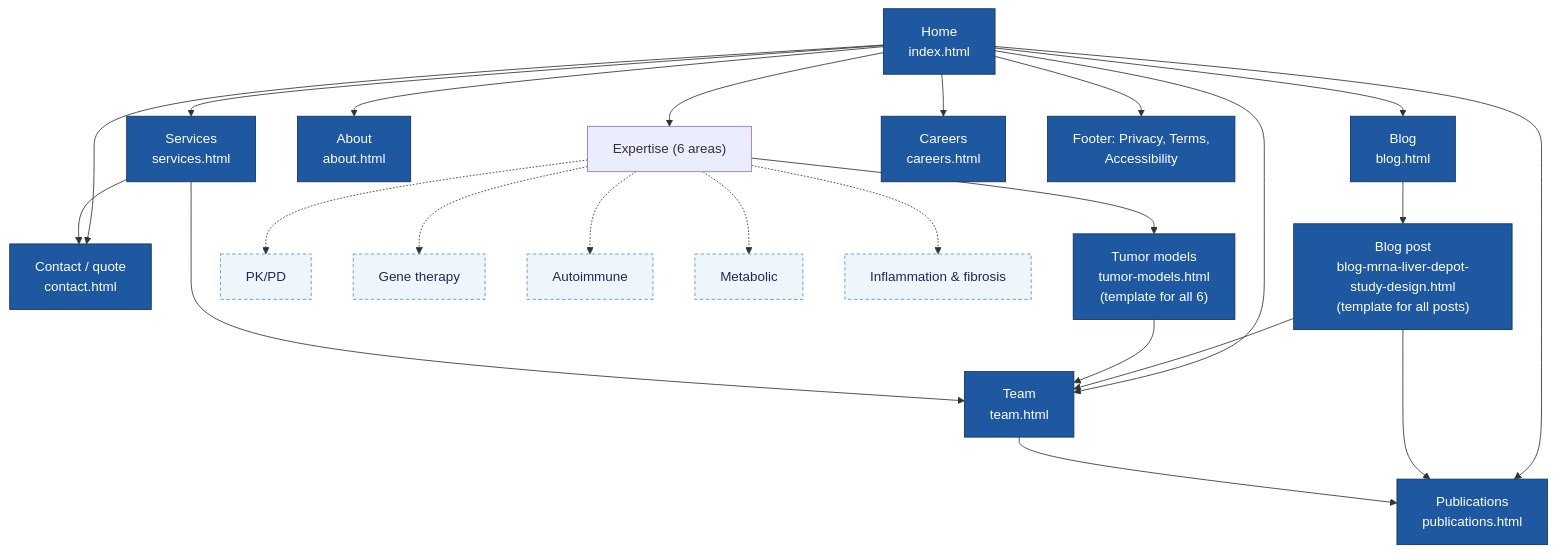
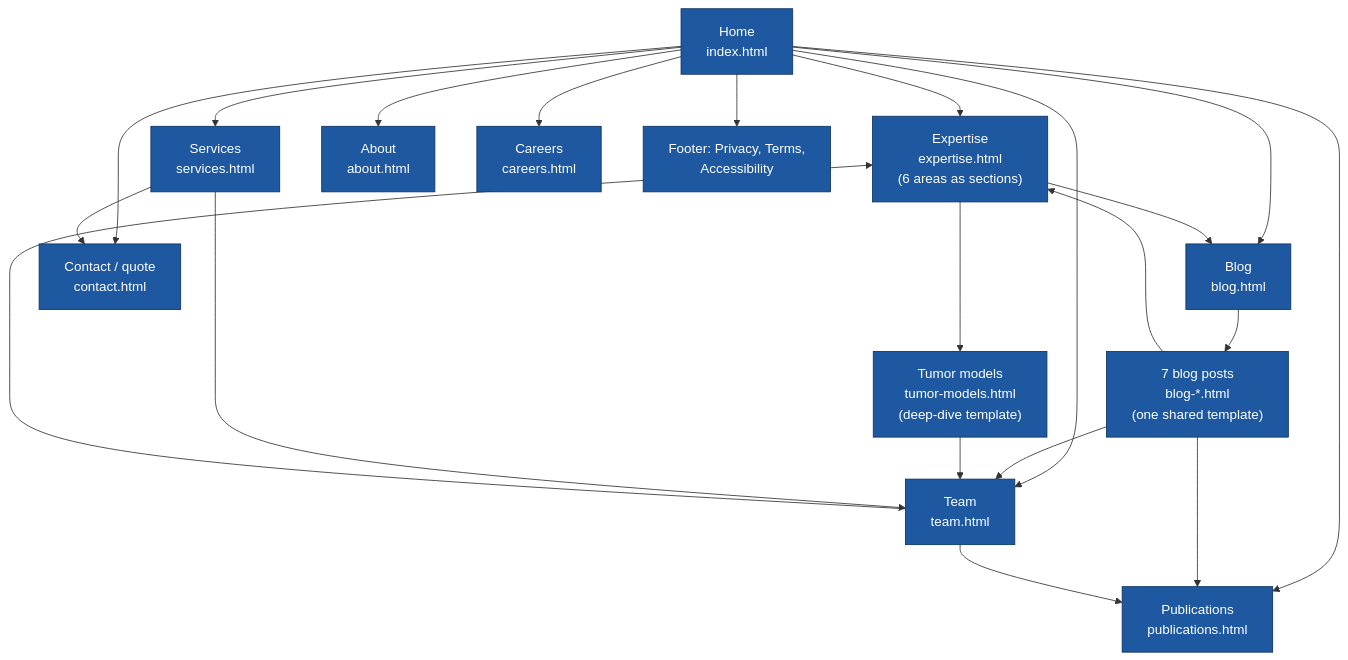
Before and after one commit to CptNope/Alpha-Preclinical: the second of 8 diagrams in README.md, drawn with Mermaid. The commit also changed other lines of this file and 39 other files, not shown here.

First line of the commit message:
Add full Expertise page and the six remaining blog posts

````diff
--- a/README.md
+++ b/README.md
@@ -65,33 +65,29 @@
 ```mermaid
 flowchart TD
     H["Home<br/>index.html"]
-    H --> EX["Expertise (6 areas)"]
+    H --> EX["Expertise<br/>expertise.html<br/>(6 areas as sections)"]
     H --> SV["Services<br/>services.html"]
     H --> AB["About<br/>about.html"]
     H --> TM["Team<br/>team.html"]
     H --> PB["Publications<br/>publications.html"]
     H --> BL["Blog<br/>blog.html"]
     H --> CA["Careers<br/>careers.html"]
     H --> CO["Contact / quote<br/>contact.html"]
     H --> LG["Footer: Privacy, Terms,<br/>Accessibility"]
 
-    EX --> TU["Tumor models<br/>tumor-models.html<br/>(template for all 6)"]
-    EX -.-> X1["PK/PD"]
-    EX -.-> X2["Gene therapy"]
-    EX -.-> X3["Autoimmune"]
-    EX -.-> X4["Metabolic"]
-    EX -.-> X5["Inflammation & fibrosis"]
+    EX --> TU["Tumor models<br/>tumor-models.html<br/>(deep-dive template)"]
+    EX --> BL
 
-    BL --> BP["Blog post<br/>blog-mrna-liver-depot-study-design.html<br/>(template for all posts)"]
+    BL --> BP["7 blog posts<br/>blog-*.html<br/>(one shared template)"]
     BP --> PB
     BP --> TM
+    BP --> EX
     TM --> PB
+    TM --> EX
     TU --> TM
     SV --> TM
     SV --> CO
 
     classDef built fill:#1E58A0,color:#fff,stroke:#0F3360
-    classDef todo fill:#EEF5FB,color:#1F2858,stroke:#4B98D2,stroke-dasharray:4 3
-    class H,SV,AB,TM,PB,BL,CA,CO,TU,BP,LG built
-    class X1,X2,X3,X4,X5 todo
+    class H,EX,SV,AB,TM,PB,BL,CA,CO,TU,BP,LG built
 ```
````
